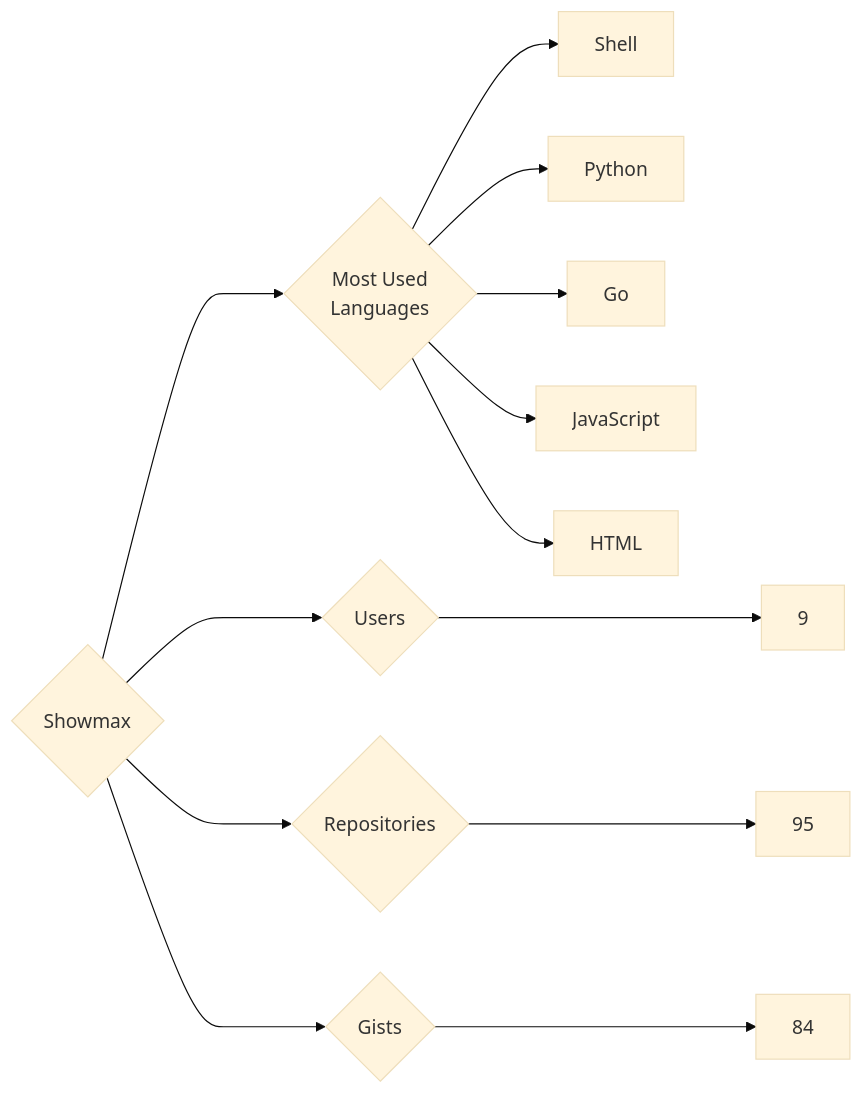
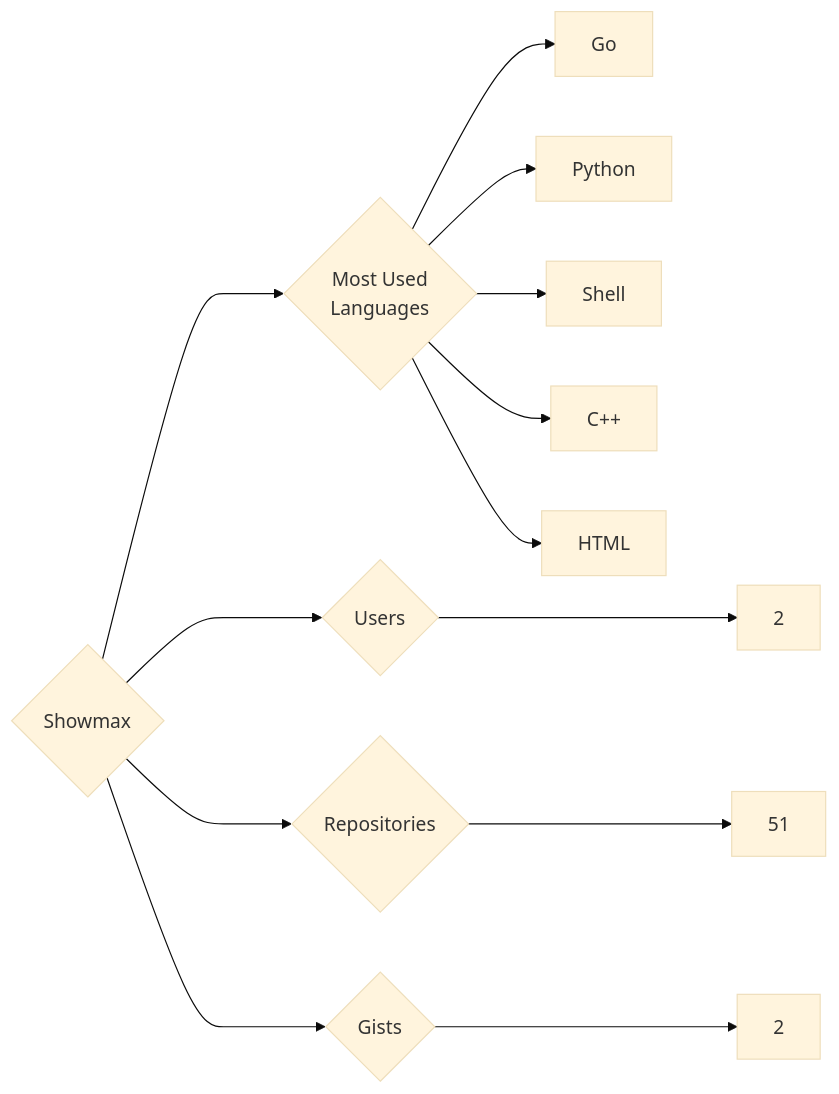
Before and after one commit to trickest/insiders: the diagram in targets/Showmax/README.md, drawn with Mermaid (base theme). The commit also changed 835 other files, not shown here.

````diff
--- a/targets/Showmax/README.md
+++ b/targets/Showmax/README.md
@@ -3,13 +3,13 @@
 ```mermaid
 graph LR
 COMPANY_NAME{Showmax}
-COMPANY_NAME ---> U{Users} ---> UN[9]
-COMPANY_NAME ---> R{Repositories} ---> RN[95]
-COMPANY_NAME ---> G{Gists} ---> GN[84]
+COMPANY_NAME ---> U{Users} ---> UN[2]
+COMPANY_NAME ---> R{Repositories} ---> RN[51]
+COMPANY_NAME ---> G{Gists} ---> GN[2]
 COMPANY_NAME ---> ML{Most Used<br>Languages}
+ML --> Go[Go]
+ML --> Python[Python]
 ML --> Shell[Shell]
-ML --> Python[Python]
-ML --> Go[Go]
-ML --> JavaScript[JavaScript]
+ML --> C++[C++]
 ML --> HTML[HTML]
 ```
````
